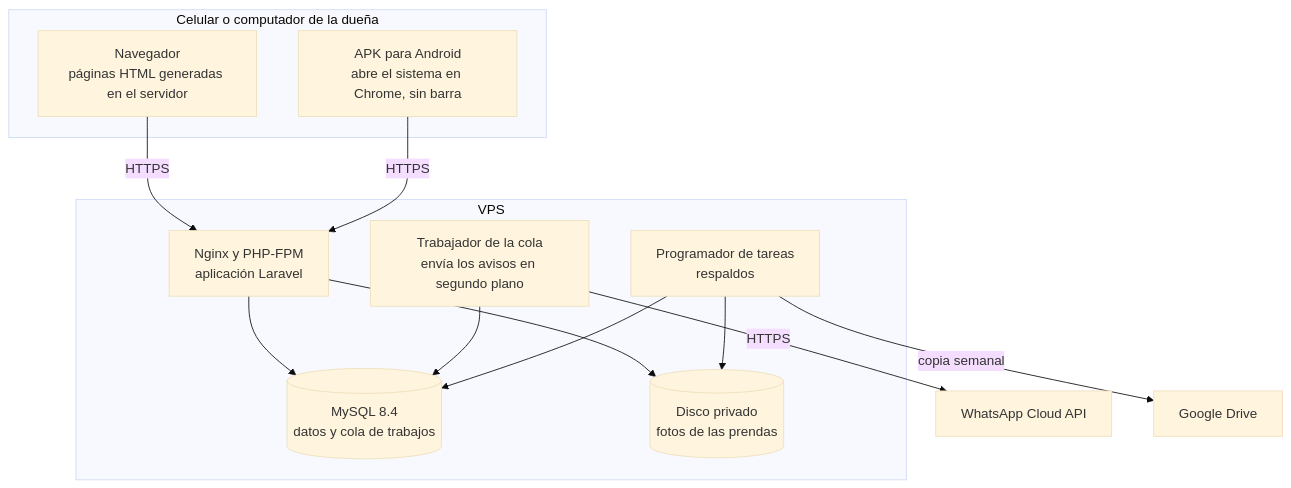
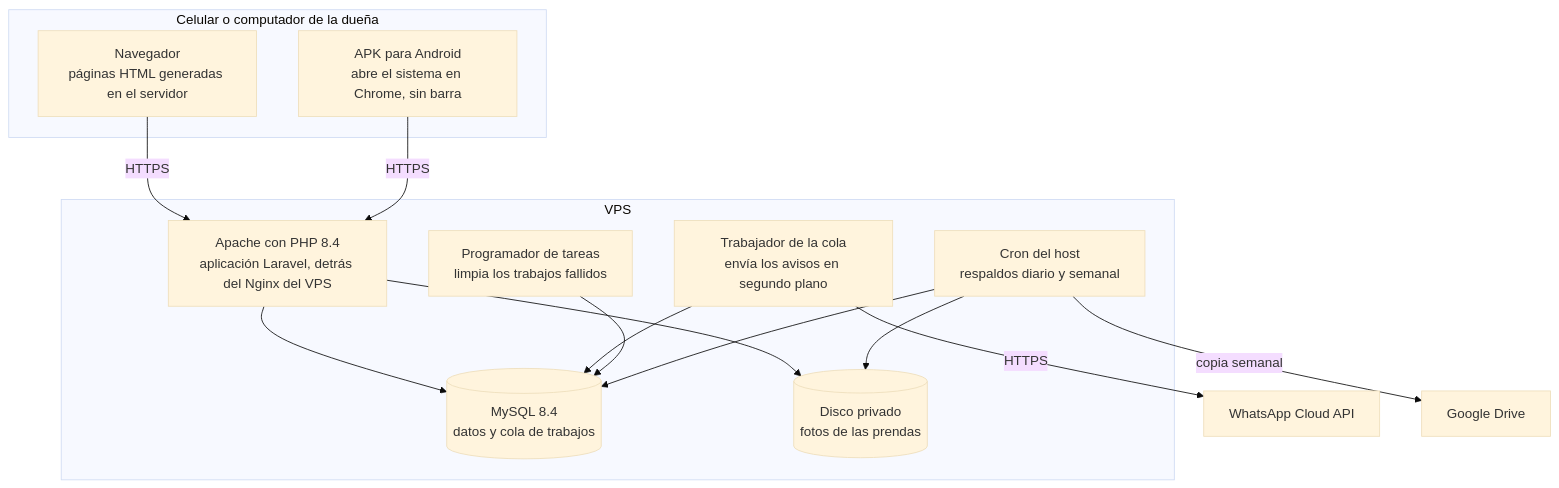
One commit to Aryannext/puntada changed the second of 5 diagrams in docs/03-diseno/arquitectura/README.md. Above: the diagram before and after it, drawn with Mermaid (base theme). The commit also changed other lines of this file and 14 other files, not shown here.

````diff
--- a/docs/03-diseno/arquitectura/README.md
+++ b/docs/03-diseno/arquitectura/README.md
@@ -49,25 +49,27 @@
 ```mermaid
 flowchart TB
     subgraph dispositivo["Celular o computador de la dueña"]
         apk["APK para Android<br/>abre el sistema en Chrome, sin barra"]
         navegador["Navegador<br/>páginas HTML generadas en el servidor"]
     end
     subgraph vps["VPS"]
-        web["Nginx y PHP-FPM<br/>aplicación Laravel"]
+        web["Apache con PHP 8.4<br/>aplicación Laravel, detrás del Nginx del VPS"]
         cola["Trabajador de la cola<br/>envía los avisos en segundo plano"]
-        programador["Programador de tareas<br/>respaldos"]
+        programador["Programador de tareas<br/>limpia los trabajos fallidos"]
+        cron["Cron del host<br/>respaldos diario y semanal"]
         mysql[("MySQL 8.4<br/>datos y cola de trabajos")]
         disco[("Disco privado<br/>fotos de las prendas")]
     end
     api["WhatsApp Cloud API"]
     drive["Google Drive"]
     navegador -- "HTTPS" --> web
     apk -- "HTTPS" --> web
     web --> mysql
     web --> disco
     cola --> mysql
     cola -- "HTTPS" --> api
     programador --> mysql
-    programador --> disco
-    programador -- "copia semanal" --> drive
+    cron --> mysql
+    cron --> disco
+    cron -- "copia semanal" --> drive
 ```
````
